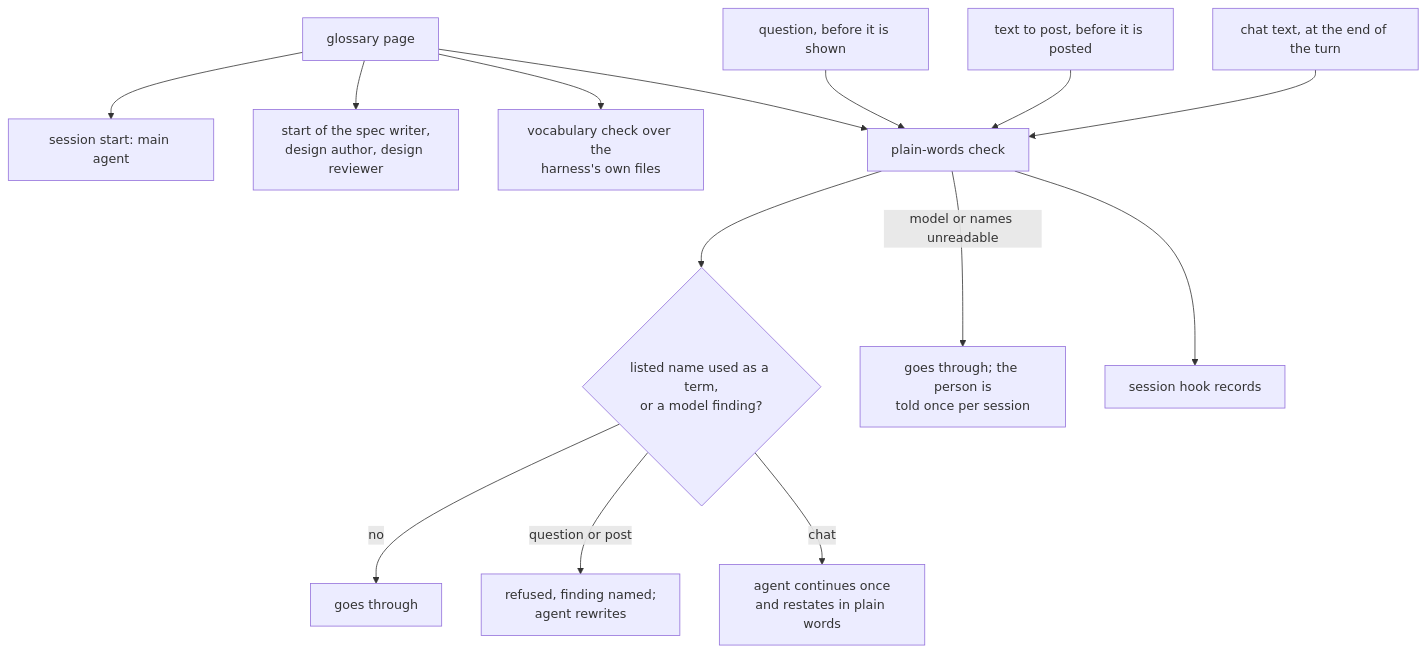
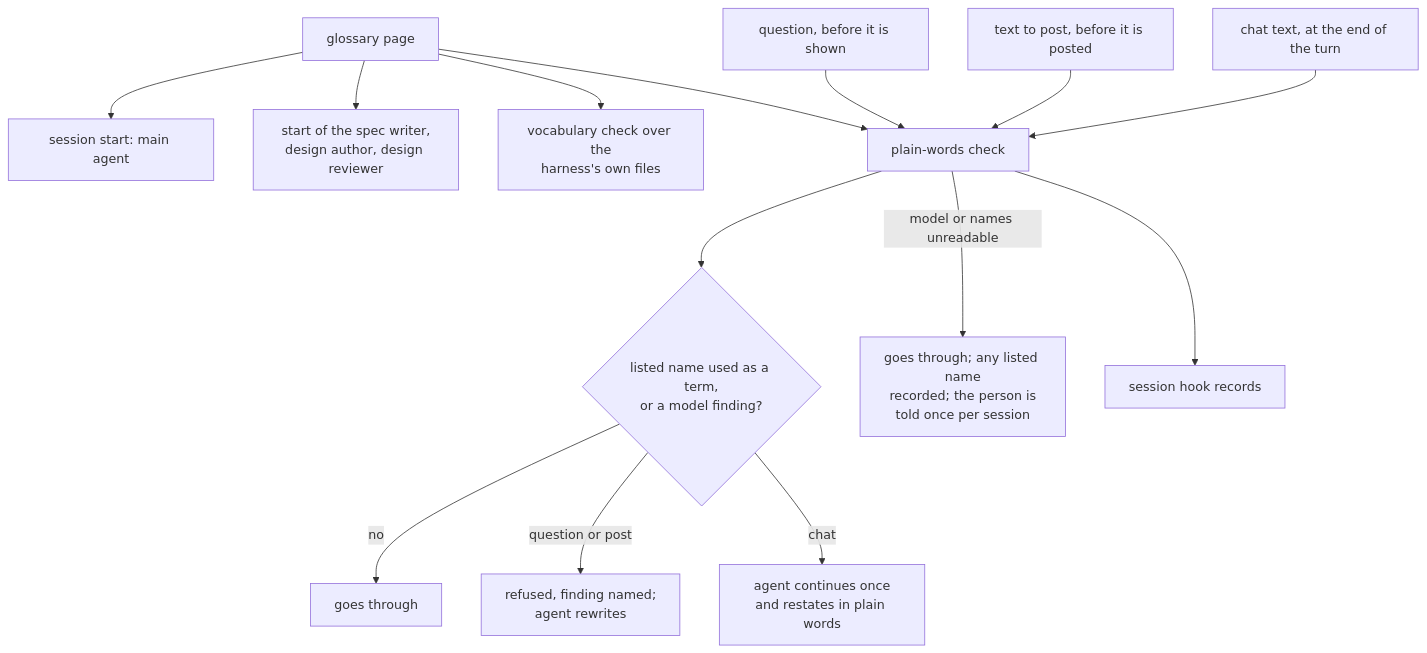
The diagram in ai-docs/plans/2026-11-15-harness-vocabulary-glossary.design.md (JeriC4o/agent-harness), drawn with Mermaid before and after one commit. The commit also changed other lines of this file and 1 other file, not shown here.

````diff
--- a/ai-docs/plans/2026-11-15-harness-vocabulary-glossary.design.md
+++ b/ai-docs/plans/2026-11-15-harness-vocabulary-glossary.design.md
@@ -81,16 +86,16 @@
 ```mermaid
 flowchart TD
     G["glossary page"] --> S["session start: main agent"]
     G --> A["start of the spec writer,<br/>design author, design reviewer"]
     G --> V["vocabulary check over the<br/>harness's own files"]
     G --> P["plain-words check"]
     Q["question, before it is shown"] --> P
     T["text to post, before it is posted"] --> P
     C["chat text, at the end of the turn"] --> P
     P --> L{"listed name used as a term,<br/>or a model finding?"}
     L -->|"no"| OK["goes through"]
     L -->|"question or post"| R["refused, finding named;<br/>agent rewrites"]
     L -->|"chat"| RS["agent continues once<br/>and restates in plain words"]
-    P -->|"model or names unreadable"| N["goes through; the person is<br/>told once per session"]
+    P -->|"model or names unreadable"| N["goes through; any listed name<br/>recorded; the person is<br/>told once per session"]
     P --> H["session hook records"]
 ```
````
